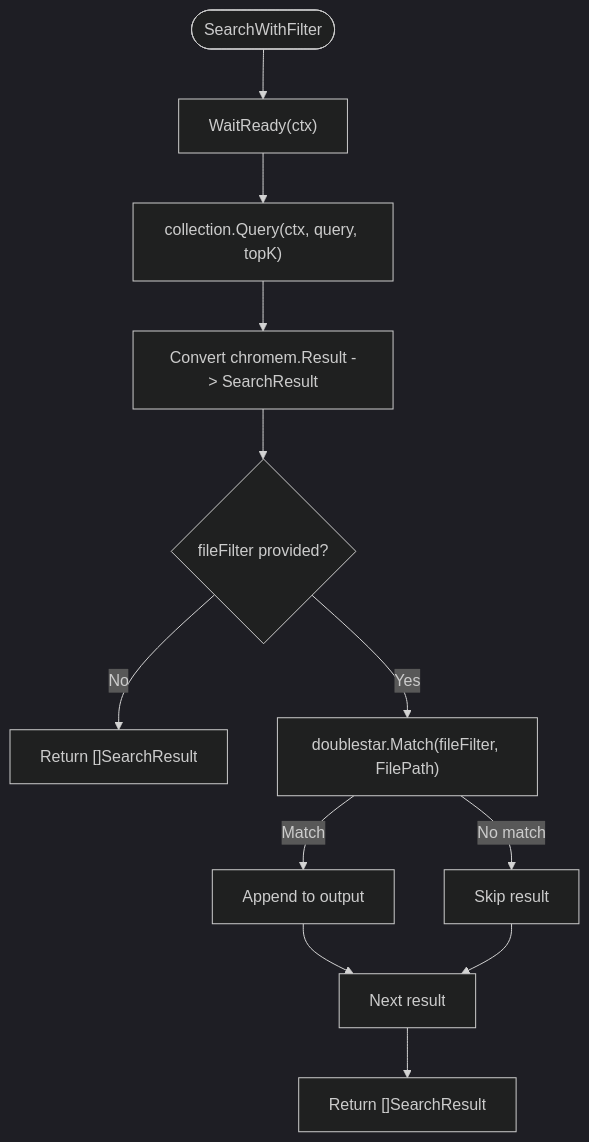
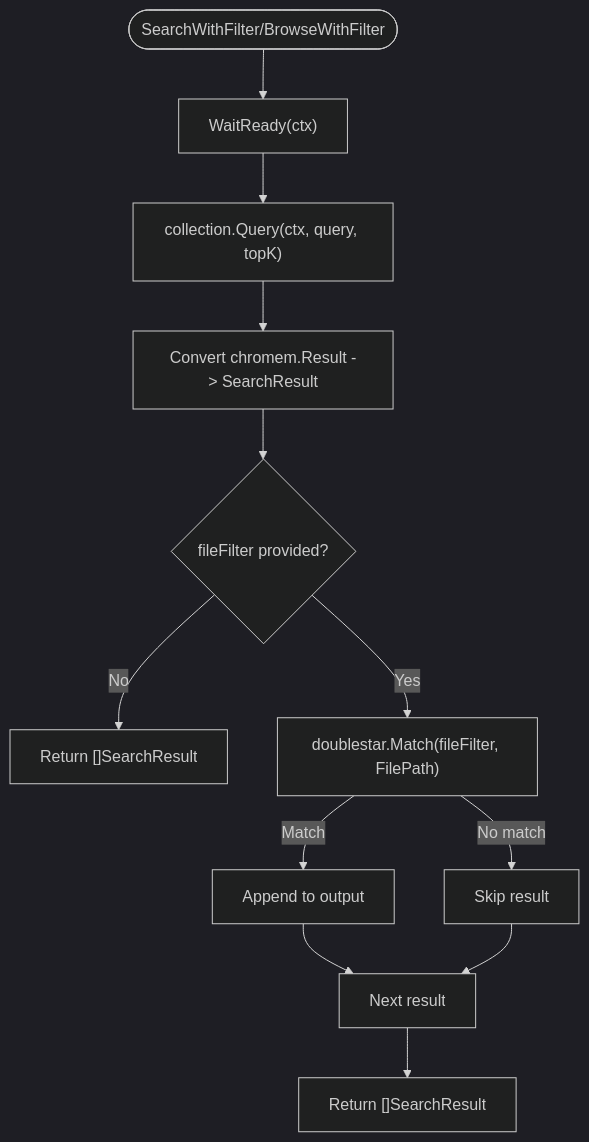
One commit to v0lka/c0wrk changed the third of 7 diagrams in .qoder/repowiki/en/content/API Reference/Vector Search API.md. Above: the diagram before and after it, drawn with Mermaid (dark theme). The commit also changed other lines of this file and 8 other files, not shown here.

````diff
--- a/.qoder/repowiki/en/content/API Reference/Vector Search API.md
+++ b/.qoder/repowiki/en/content/API Reference/Vector Search API.md
@@ -160,14 +212,14 @@
 ```mermaid
 flowchart TD
-Start(["SearchWithFilter"]) --> Ready["WaitReady(ctx)"]
+Start(["SearchWithFilter/BrowseWithFilter"]) --> Ready["WaitReady(ctx)"]
 Ready --> Query["collection.Query(ctx, query, topK)"]
 Query --> Convert["Convert chromem.Result -> SearchResult"]
 Convert --> Filter{"fileFilter provided?"}
 Filter --> |No| Return["Return []SearchResult"]
 Filter --> |Yes| Match["doublestar.Match(fileFilter, FilePath)"]
 Match --> |Match| Append["Append to output"]
 Match --> |No match| Skip["Skip result"]
 Append --> Next["Next result"]
 Skip --> Next
 Next --> Done["Return []SearchResult"]
 ```
````
